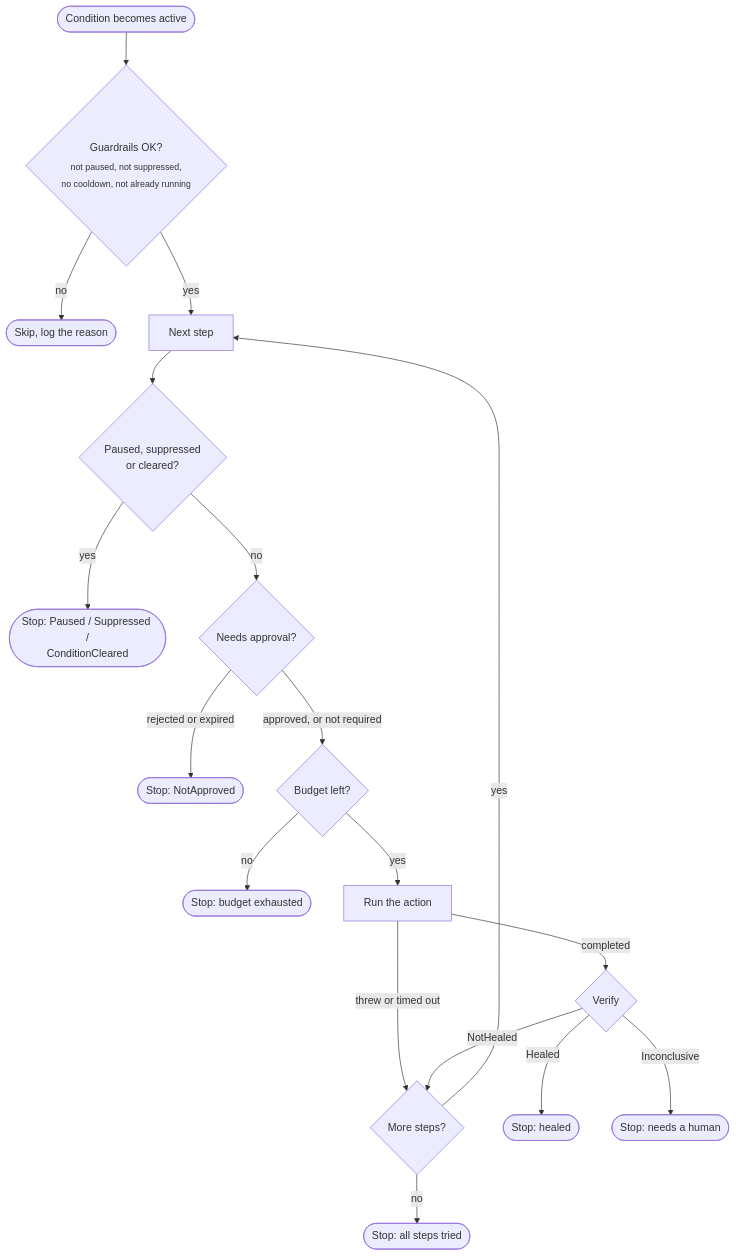
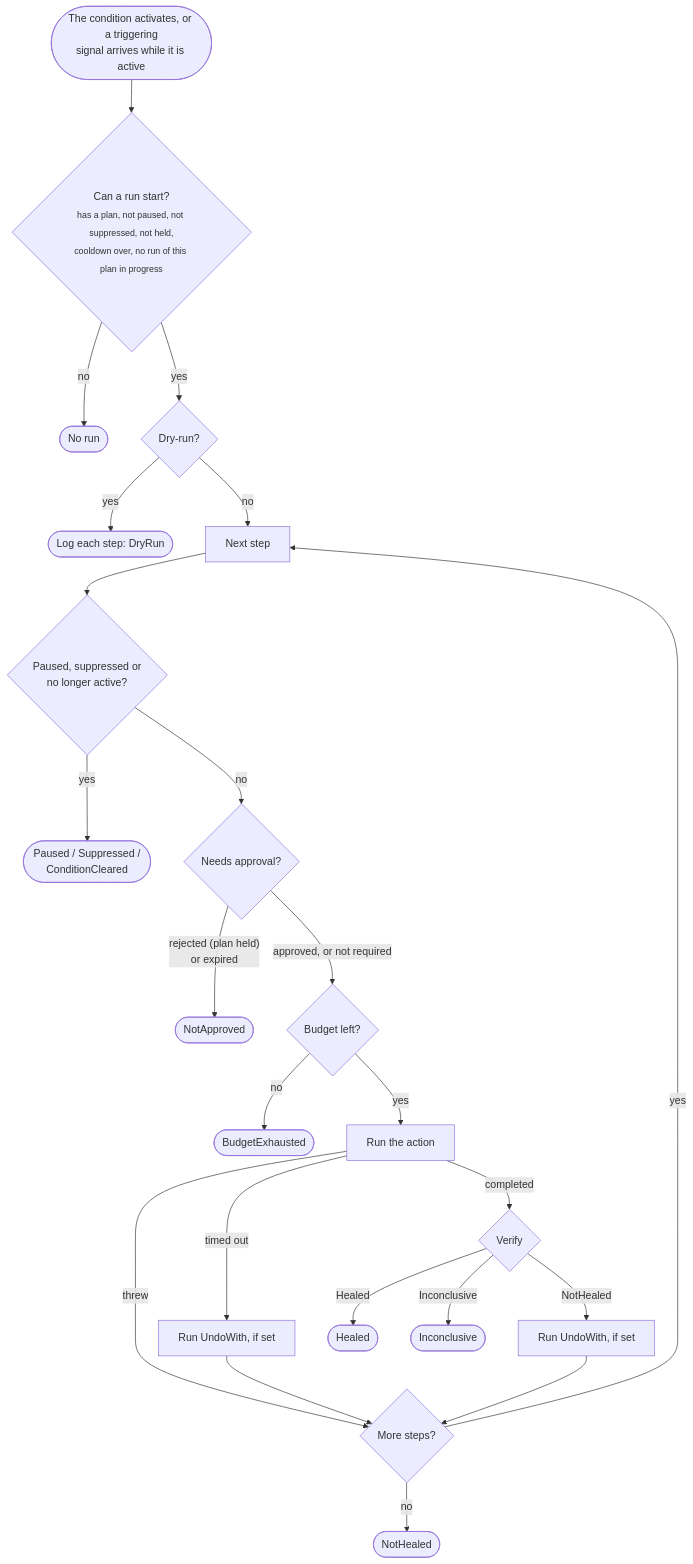
Before and after one commit to engineering87/Homeostat: the diagram in docs/healing-plans.md, drawn with Mermaid. The commit also changed other lines of this file and 337 other files, not shown here.

````diff
--- a/docs/healing-plans.md
+++ b/docs/healing-plans.md
@@ -17,20 +23,25 @@
 ```mermaid
 flowchart TD
-    Start(["Condition becomes active"]) --> G{"Guardrails OK?<br/><sub>not paused, not suppressed,<br/>no cooldown, not already running</sub>"}
-    G -- no --> Skip(["Skip, log the reason"])
-    G -- yes --> Step["Next step"]
-    Step --> P{"Paused, suppressed<br/>or cleared?"}
-    P -- yes --> Stop0(["Stop: Paused / Suppressed /<br/>ConditionCleared"])
+    Start(["The condition activates, or a triggering<br/>signal arrives while it is active"]) --> G{"Can a run start?<br/><sub>has a plan, not paused, not suppressed, not held,<br/>cooldown over, no run of this plan in progress</sub>"}
+    G -- no --> Skip(["No run"])
+    G -- yes --> D{"Dry-run?"}
+    D -- yes --> Dry(["Log each step: DryRun"])
+    D -- no --> Step["Next step"]
+    Step --> P{"Paused, suppressed or<br/>no longer active?"}
+    P -- yes --> Stop0(["Paused / Suppressed /<br/>ConditionCleared"])
     P -- no --> A{"Needs approval?"}
-    A -- "rejected or expired" --> Stop4(["Stop: NotApproved"])
+    A -- "rejected (plan held)<br/>or expired" --> Stop4(["NotApproved"])
     A -- "approved, or not required" --> B{"Budget left?"}
-    B -- no --> Stop1(["Stop: budget exhausted"])
+    B -- no --> Stop1(["BudgetExhausted"])
     B -- yes --> Act["Run the action"]
-    Act -- "threw or timed out" --> More
+    Act -- threw --> More
+    Act -- "timed out" --> UndoT["Run UndoWith, if set"]
+    UndoT --> More
     Act -- completed --> Ver{"Verify"}
-    Ver -- Healed --> Done(["Stop: healed"])
-    Ver -- Inconclusive --> Stop2(["Stop: needs a human"])
-    Ver -- NotHealed --> More{"More steps?"}
+    Ver -- Healed --> Done(["Healed"])
+    Ver -- Inconclusive --> Stop2(["Inconclusive"])
+    Ver -- NotHealed --> Undo["Run UndoWith, if set"]
+    Undo --> More{"More steps?"}
     More -- yes --> Step
-    More -- no --> Stop3(["Stop: all steps tried"])
+    More -- no --> Stop3(["NotHealed"])
 ```
````
